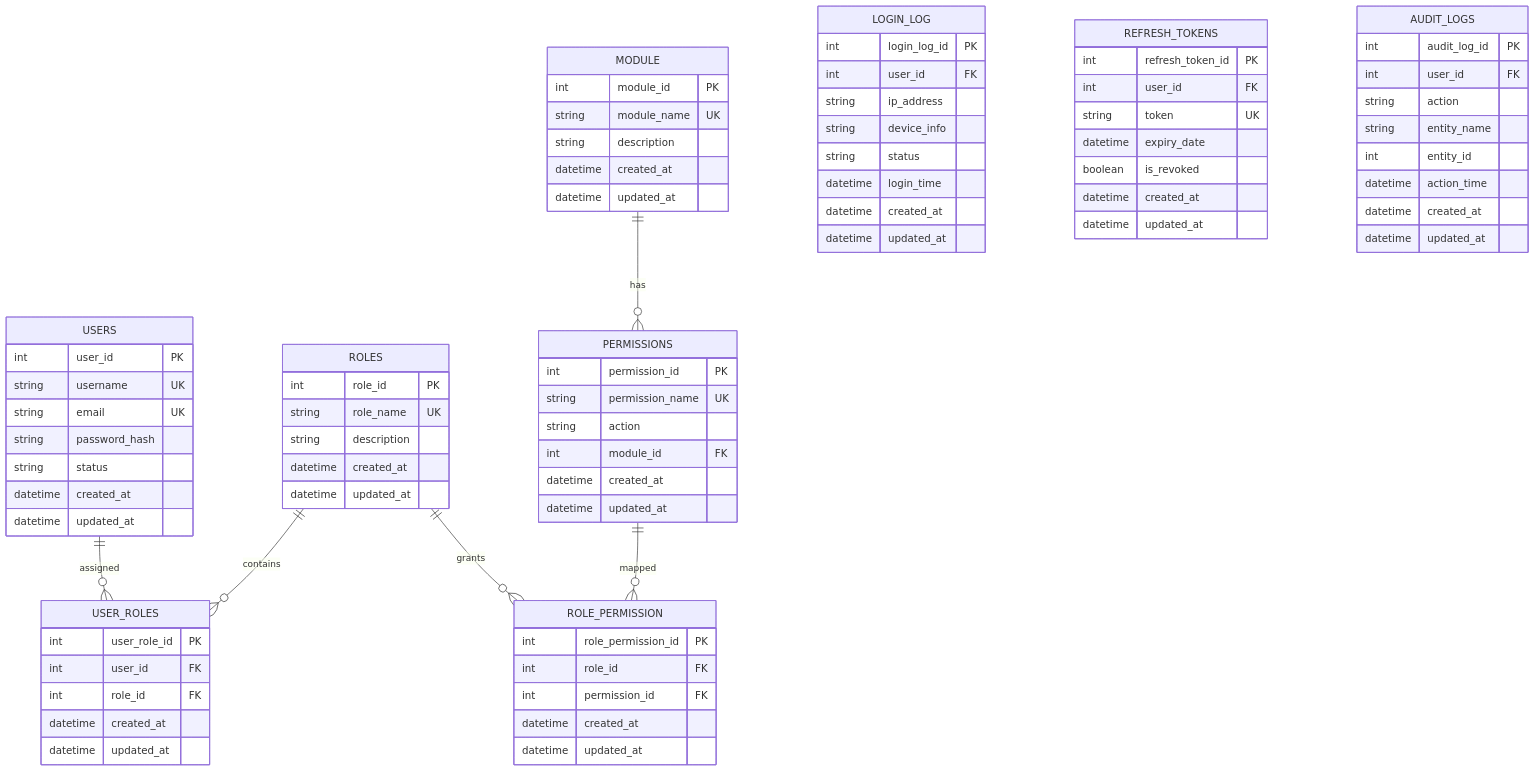
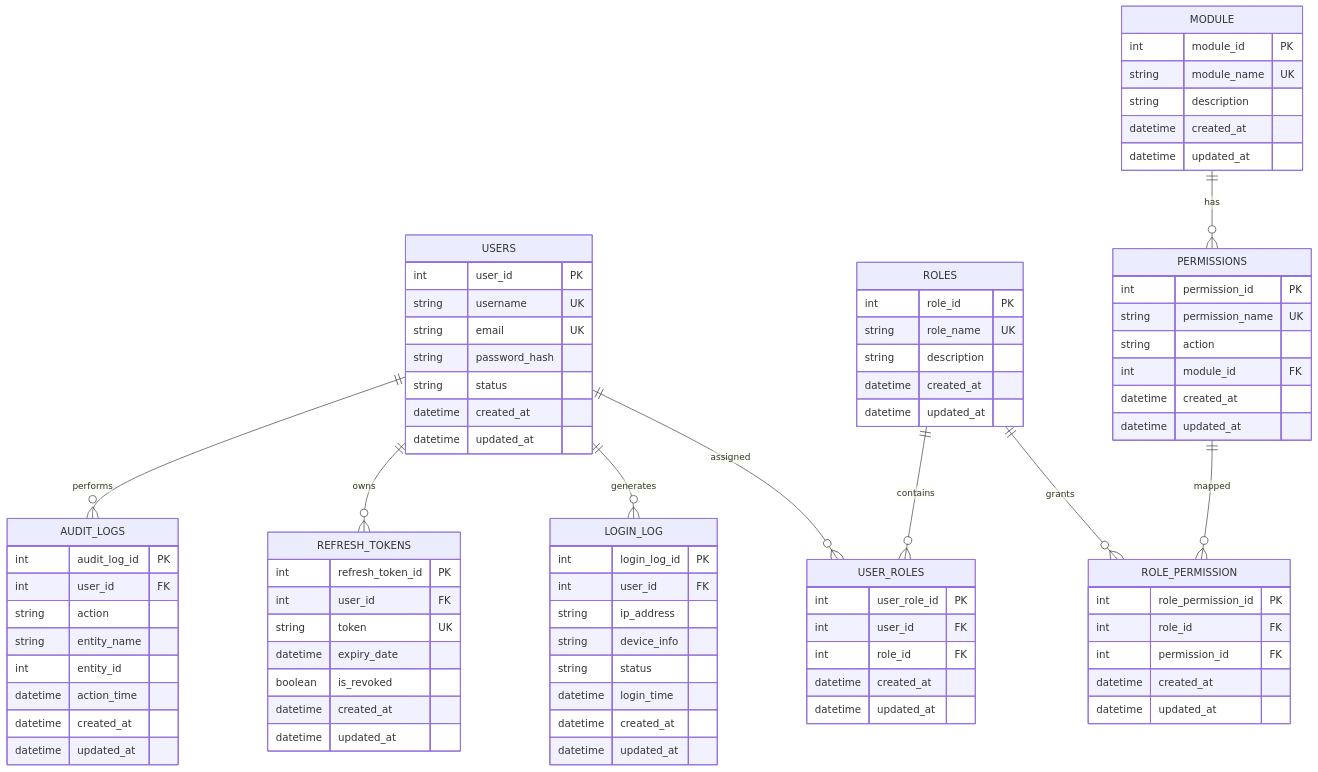
The diagram in README.md (SANKETK2523/college_prac), drawn with Mermaid before and after one commit.

````diff
--- a/README.md
+++ b/README.md
@@ -91,4 +91,8 @@
     PERMISSIONS ||--o{ ROLE_PERMISSION : mapped
 
     MODULE ||--o{ PERMISSIONS : has
+
+    USERS ||--o{ LOGIN_LOG : generates
+    USERS ||--o{ REFRESH_TOKENS : owns
+    USERS ||--o{ AUDIT_LOGS : performs
 ```
````
